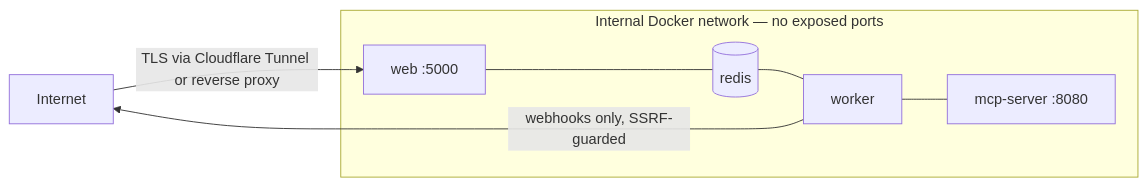
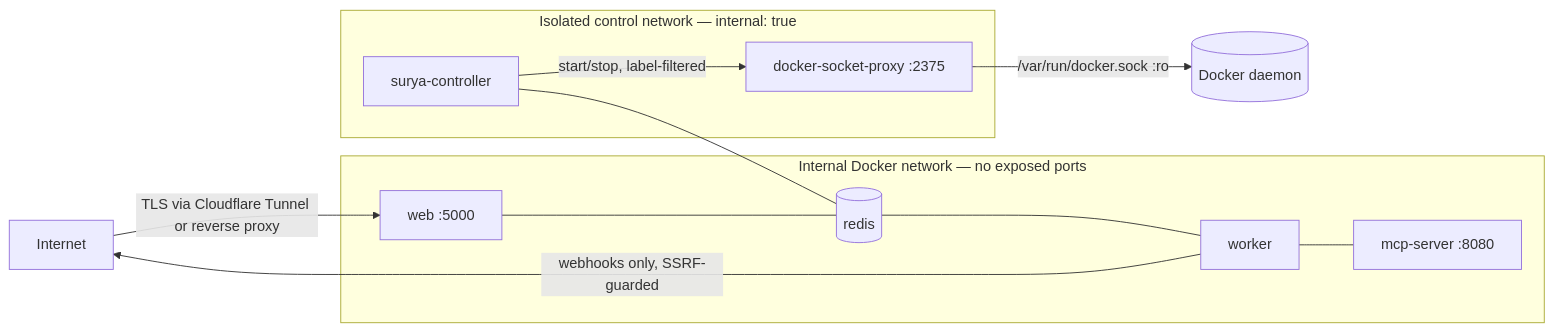
Before and after one commit to aerocristobal/DocuFlux: the eighth of 8 diagrams in docs/ARCHITECTURE.md, drawn with Mermaid. The commit also changed other lines of this file and 11 other files, not shown here.

First line of the commit message:
docs(ocr): on-demand lifecycle docs, OSCAL, hardened socket-proxy (pfm.10, 6b5)

````diff
--- a/docs/ARCHITECTURE.md
+++ b/docs/ARCHITECTURE.md
@@ -276,10 +276,15 @@
 ```mermaid
 flowchart LR
     NET[Internet] -->|TLS via Cloudflare Tunnel or reverse proxy| WEB[web :5000]
     subgraph internal[Internal Docker network — no exposed ports]
         WEB --- RED[(redis)]
         RED --- WRK[worker]
         WRK --- MCP[mcp-server :8080]
     end
+    subgraph control[Isolated control network — internal: true]
+        CTL[surya-controller] -->|start/stop, label-filtered| DSP[docker-socket-proxy :2375]
+    end
+    CTL --- RED
+    DSP -->|/var/run/docker.sock :ro| DOCKER[(Docker daemon)]
     WRK -->|webhooks only, SSRF-guarded| NET
 ```
````
